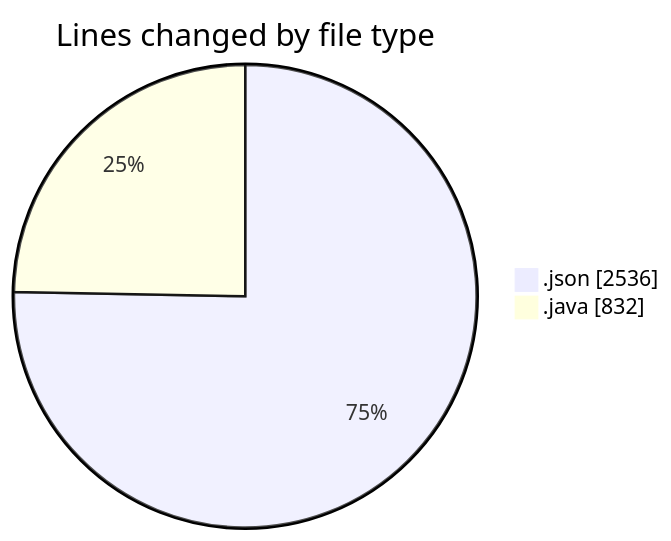
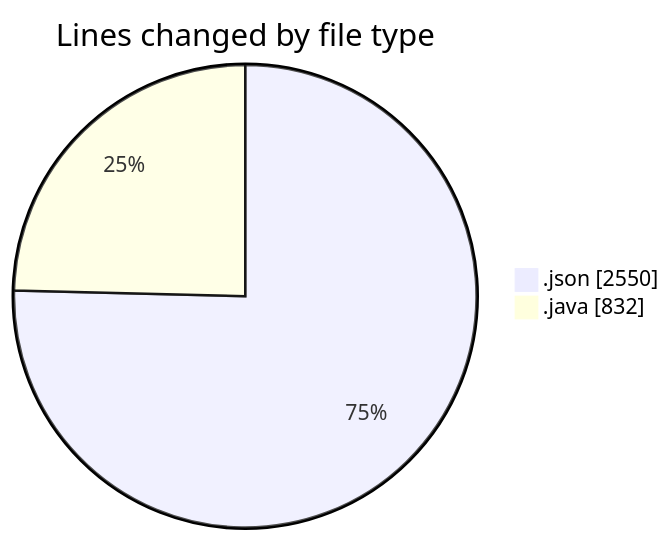
Before and after one commit to ricardozamudiocil/code-tracking: the first of 2 diagrams in 2026-10-20/cilapp/README.md, drawn with Mermaid. The commit also changed other lines of this file and 1 other file, not shown here.

````diff
--- a/2026-10-20/cilapp/README.md
+++ b/2026-10-20/cilapp/README.md
@@ -21,6 +21,6 @@
 ```mermaid
 pie showData
 title Lines changed by file type
-".json" : 2536
+".json" : 2550
 ".java" : 832
 ```
````
